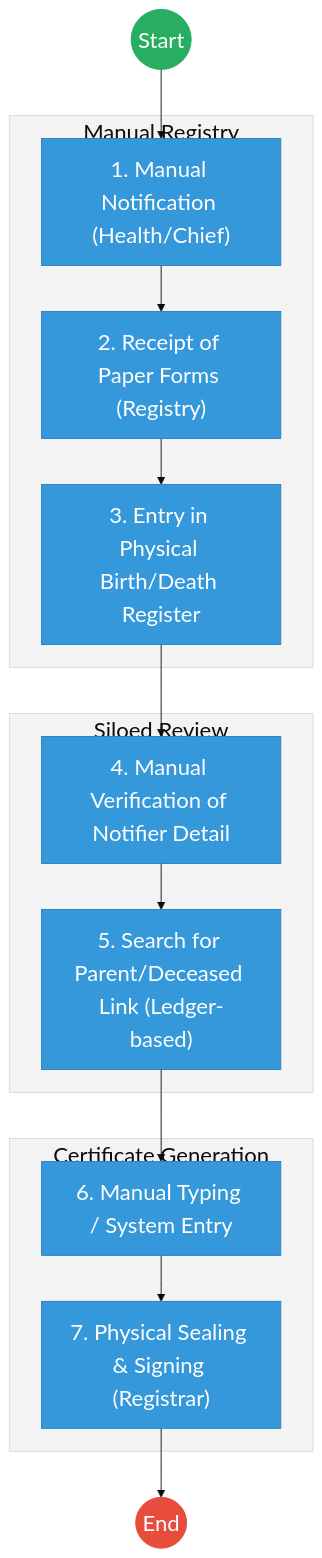
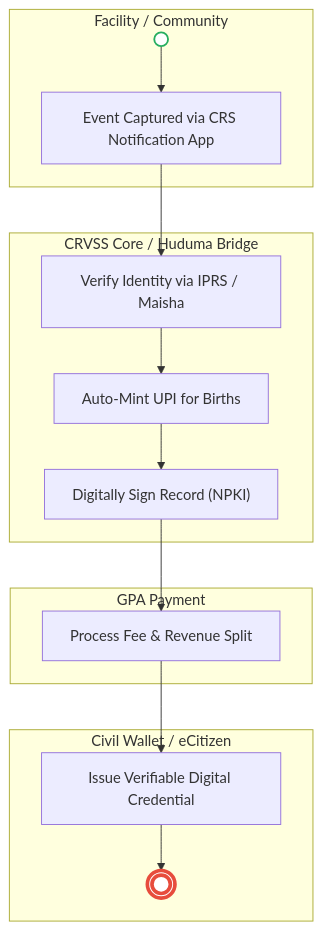
Before and after one commit to BITZ-IT-Consulting-LTD/ictapoc: the fifth of 5 diagrams in mdas/docs_final/priority_mdas/_CIVIL_REGISTRATION_SERVICES_CRS___Service_Delivery.md, drawn with Mermaid. The commit also changed other lines of this file and 90 other files, not shown here.

````diff
--- a/mdas/docs_final/priority_mdas/_CIVIL_REGISTRATION_SERVICES_CRS___Service_Delivery.md
+++ b/mdas/docs_final/priority_mdas/_CIVIL_REGISTRATION_SERVICES_CRS___Service_Delivery.md
@@ -77,30 +240,24 @@
 ```mermaid
-%%{init: { 'theme': 'base', 'themeVariables': { 'fontSize': '24px', 'fontFamily': 'Inter, system-ui, sans-serif', 'primaryColor': '#ffffff', 'edgeLabelBackground':'#ffffff', 'tertiaryColor': '#f3f3f3', 'mainBkg': '#ffffff', 'nodeBorder': '#333333' } } }%%
 flowchart TD
-    Start((Start)) --> Notify["1. Manual Notification (Health/Chief)"]
-    
-    subgraph Intake["Manual Registry"]
-        Notify --> Receipt["2. Receipt of Paper Forms (Registry)"]
-        Receipt --> Ledger["3. Entry in Physical Birth/Death Register"]
+    subgraph Source["Facility / Community"]
+        Start_T((" ")) --> L1["Event Captured via CRS Notification App"]
     end
 
-    subgraph Verification["Siloed Review"]
-        Ledger --> Verify["4. Manual Verification of Notifier Detail"]
-        Verify --> Search["5. Search for Parent/Deceased Link (Ledger-based)"]
+    subgraph Backend["CRVSS Core / Huduma Bridge"]
+        L1 --> L2["Verify Identity via IPRS / Maisha"]
+        L2 --> L3["Auto-Mint UPI for Births"]
+        L3 --> L4["Digitally Sign Record (NPKI)"]
     end
 
-    subgraph Production["Certificate Generation"]
-        Search --> Type["6. Manual Typing / System Entry"]
-        Type --> Seal["7. Physical Sealing & Signing (Registrar)"]
+    subgraph Finance_GPA["GPA Payment"]
+        L4 --> M1["Process Fee & Revenue Split"]
     end
 
-    Seal --> End((End))
+    subgraph Delivery["Civil Wallet / eCitizen"]
+        M1 --> N1["Issue Verifiable Digital Credential"]
+        N1 --> End_T(((" ")))
+    end
 
-    classDef start fill:#27ae60,stroke:#27ae60,color:#fff,font-size:24px;;
-    classDef endNode fill:#e74c3c,stroke:#e74c3c,color:#fff,font-size:24px;;
-    classDef userTask fill:#3498db,stroke:#2980b9,color:#fff,font-size:24px;;
-    
-    class Start start;
-    class End endNode;
-    class Notify,Receipt,Ledger,Verify,Search,Type,Seal userTask;
+    style Start_T fill:#fff,stroke:#27ae60,stroke-width:2px
+    style End_T fill:#fff,stroke:#e74c3c,stroke-width:4px
 ```
````
